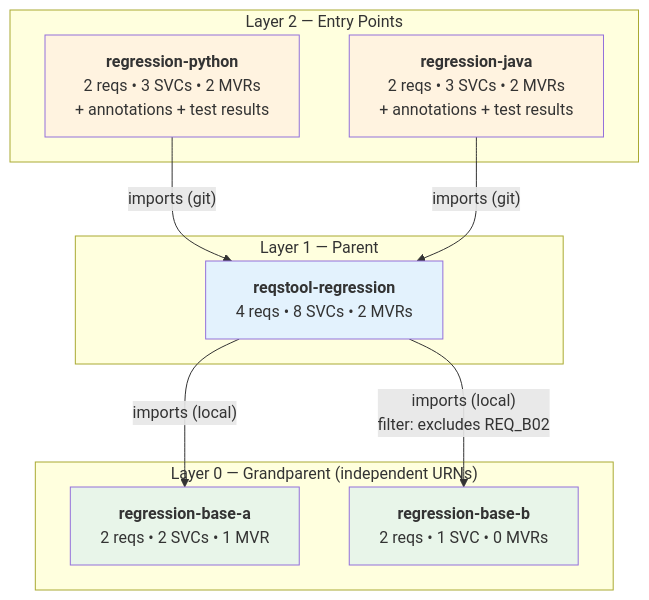
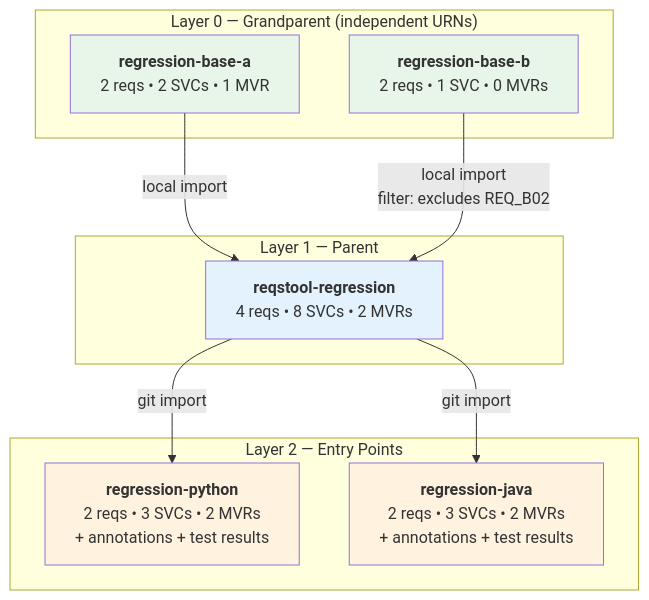
One commit to reqstool/reqstool-regression changed the first of 4 diagrams in docs/REGRESSION_PLAN.md. Above: the diagram before and after it, drawn with Mermaid.

Commit message:
fix: flip layer diagram so Layer 0 is on top

````diff
--- a/docs/REGRESSION_PLAN.md
+++ b/docs/REGRESSION_PLAN.md
@@ -27,27 +27,27 @@
 ```mermaid
 graph TB
     subgraph "Layer 0 — Grandparent (independent URNs)"
         A["<b>regression-base-a</b><br/>2 reqs &bull; 2 SVCs &bull; 1 MVR"]
         B["<b>regression-base-b</b><br/>2 reqs &bull; 1 SVC &bull; 0 MVRs"]
     end
 
     subgraph "Layer 1 — Parent"
         C["<b>reqstool-regression</b><br/>4 reqs &bull; 8 SVCs &bull; 2 MVRs"]
     end
 
     subgraph "Layer 2 — Entry Points"
         PY["<b>regression-python</b><br/>2 reqs &bull; 3 SVCs &bull; 2 MVRs<br/>+ annotations + test results"]
         JA["<b>regression-java</b><br/>2 reqs &bull; 3 SVCs &bull; 2 MVRs<br/>+ annotations + test results"]
     end
 
-    C -- "imports (local)" --> A
-    C -- "imports (local)<br/>filter: excludes REQ_B02" --> B
-    PY -- "imports (git)" --> C
-    JA -- "imports (git)" --> C
+    A -->|"local import"| C
+    B -->|"local import<br/>filter: excludes REQ_B02"| C
+    C -->|"git import"| PY
+    C -->|"git import"| JA
 
     style A fill:#e8f5e9
     style B fill:#e8f5e9
     style C fill:#e3f2fd
     style PY fill:#fff3e0
     style JA fill:#fff3e0
 ```
````
